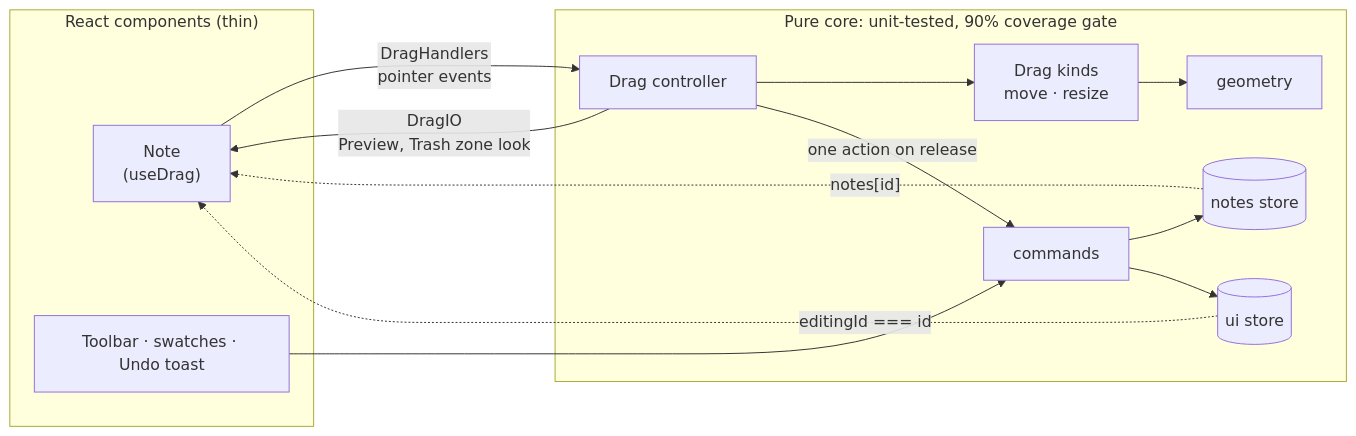
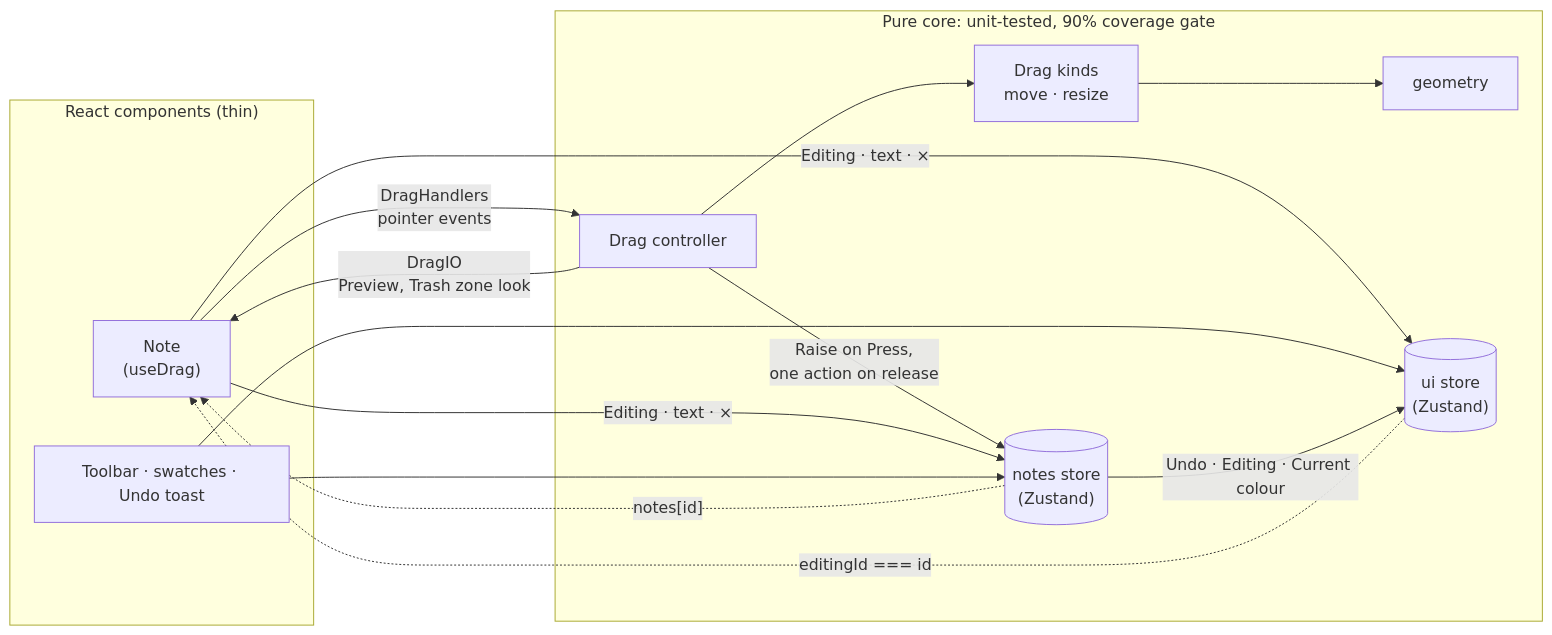
One commit to juanccastillog80/sticky-notes changed the diagram in README.md. Above: the diagram before and after it, drawn with Mermaid. The commit also changed other lines of this file and 37 other files, not shown here.

First line of the commit message:
Zustand stores with named actions replace the hand-written store

````diff
--- a/README.md
+++ b/README.md
@@ -57,23 +57,23 @@
 ```mermaid
 flowchart LR
   subgraph UI["React components (thin)"]
     Note["Note<br/>(useDrag)"]
     Bar["Toolbar · swatches · Undo toast"]
   end
   subgraph Core["Pure core: unit-tested, 90% coverage gate"]
     Ctrl["Drag controller"]
     Kinds["Drag kinds<br/>move · resize"]
     Geo["geometry"]
-    Cmd["commands"]
-    NS[("notes store")]
-    US[("ui store")]
+    NS[("notes store<br/>(Zustand)")]
+    US[("ui store<br/>(Zustand)")]
   end
   Note -- "DragHandlers<br/>pointer events" --> Ctrl
   Ctrl -- "DragIO<br/>Preview, Trash zone look" --> Note
   Ctrl --> Kinds --> Geo
-  Ctrl -- "one action on release" --> Cmd
-  Bar --> Cmd
-  Cmd --> NS & US
+  Ctrl -- "Raise on Press,<br/>one action on release" --> NS
+  Note -- "Editing · text · ×" --> NS & US
+  Bar --> NS & US
+  NS -- "Undo · Editing · Current colour" --> US
   NS -. "notes[id]" .-> Note
   US -. "editingId === id" .-> Note
 ```
````
